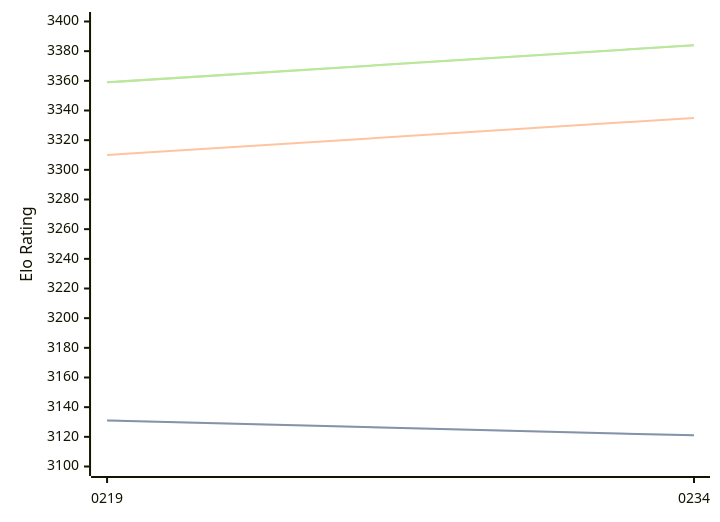
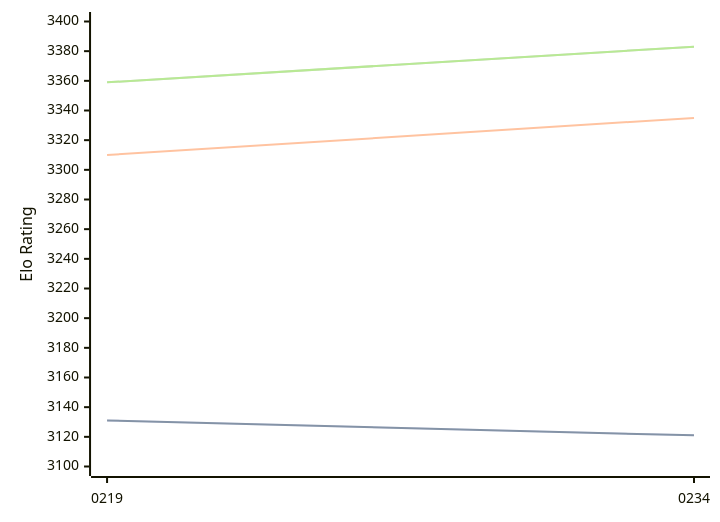
Before and after one commit to computer-chess-index/cci: the diagram in engines/Ynode.md, drawn with Mermaid. The commit also changed other lines of this file, not shown here.

Commit message:
Update CCI Ratings (ELO VLTC) - 2026-08-07

````diff
--- a/engines/Ynode.md
+++ b/engines/Ynode.md
@@ -32,11 +32,11 @@
 ```mermaid
 %%{init: {"theme":"base","themeVariables":{"seriesColors:['#a3a3a3','#222221','#faa371']}}}%%
 xychart-beta
   x-axis ["0219", "0234"]
   y-axis "Elo Rating" 3100 --> 3400
   line "STC (8.0+0.08s)" [3131, 3121]
   line "STC (8.0+0.08s)" [3131, 3121]
   line "LTC (60.0+0.60s)" [3310, 3335]
-  line "VLTC (2m24s+1.12s)" [3359, 3384]
-  line "VLTC (2m24s+1.12s)" [3359, 3384]
+  line "VLTC (2m24s+1.12s)" [3359, 3383]
+  line "VLTC (2m24s+1.12s)" [3359, 3383]
 ```
````
